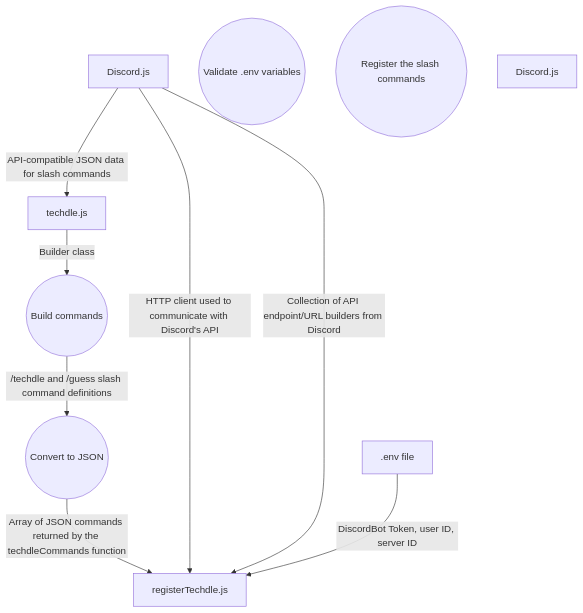
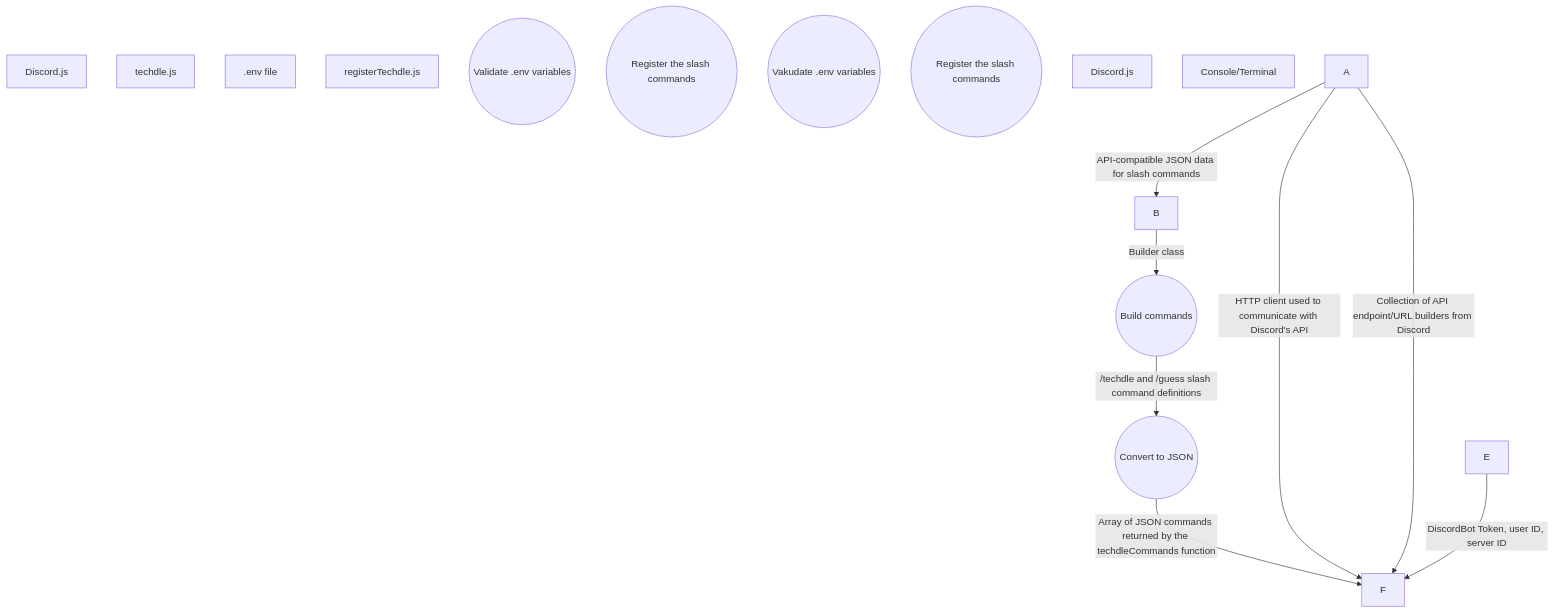
One commit to AythanP/CopyWordleBot changed the second of 2 diagrams in ARCHITECTURE.md. Above: the diagram before and after it, drawn with Mermaid.

````diff
--- a/ARCHITECTURE.md
+++ b/ARCHITECTURE.md
@@ -21,20 +21,24 @@
 ```mermaid
 flowchart TD
-    A[Discord.js]
-    B[techdle.js]
+    A::InputOutput1[Discord.js]
+    B::InputOutput1[techdle.js]
     C((Build commands))
     D((Convert to JSON))
-    E[.env file]
-    F[registerTechdle.js]
+    E::InputOutput1[.env file]
+    F::InputOutput1[registerTechdle.js]
     G((Validate .env variables))
     H((Register the slash commands))
-    I[Discord.js]
+    I((Vakudate .env variables))
+    J((Register the slash commands))
+    K::InputOutput1[Discord.js]
+    L[Console/Terminal]
+    classDef InputOutput1 fill:#FDDA0D;
 
     A-->|API-compatible JSON data for slash commands|B
     B-->|Builder class|C
     C-->|/techdle and /guess slash command definitions|D
     D-->|Array of JSON commands returned by the techdleCommands function|F
     A-->|HTTP client used to communicate with Discord's API|F
     A-->|Collection of API endpoint/URL builders from Discord|F
     E-->|DiscordBot Token, user ID, server ID|F
 ```
````
